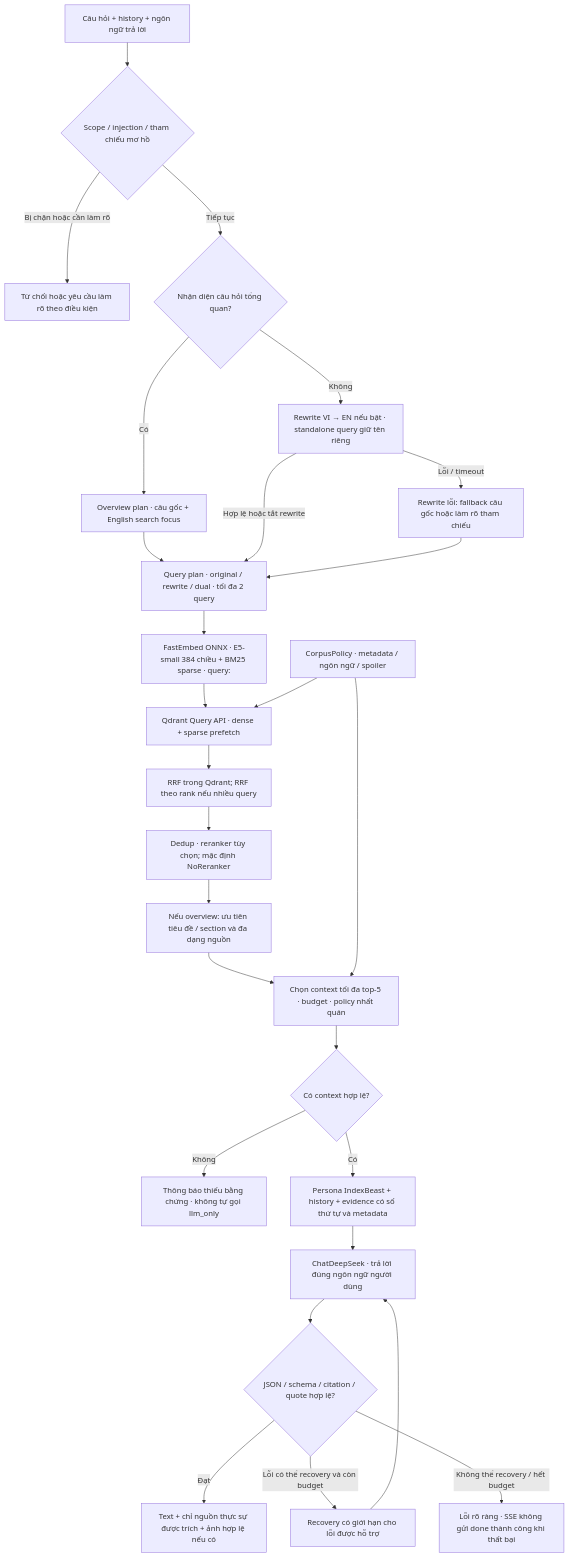
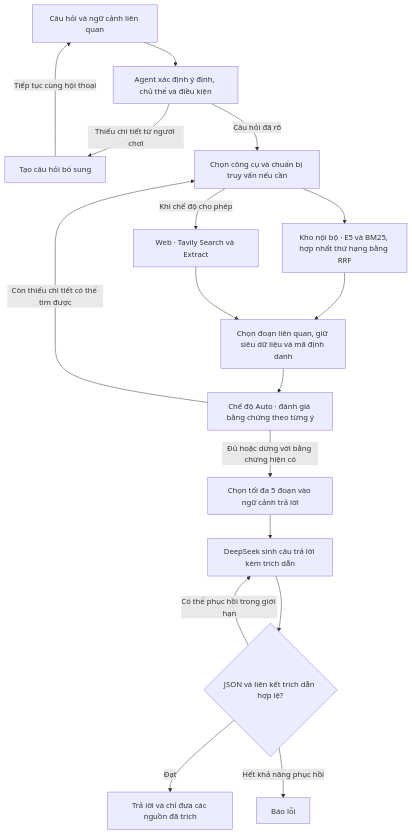
Before and after one commit to HoanBuCon/Index-Beast: the third of 4 diagrams in docs/indexbeast-system-pipeline.md, drawn with Mermaid. The commit also changed other lines of this file, not shown here.

Commit message:
refactor: Update documentation structure and content for IndexBeast system pipeline

````diff
--- a/docs/indexbeast-system-pipeline.md
+++ b/docs/indexbeast-system-pipeline.md
@@ -190,53 +83,19 @@
 ```mermaid
 graph TD
-    INPUT["Câu hỏi + history + ngôn ngữ trả lời"]
-    SCOPE{"Scope / injection / tham chiếu mơ hồ"}
-    STATIC["Từ chối hoặc yêu cầu làm rõ theo điều kiện"]
-    OVERVIEW{"Nhận diện câu hỏi tổng quan?"}
-    PLAN["Overview plan · câu gốc + English search focus"]
-    REWRITE["Rewrite VI → EN nếu bật · standalone query giữ tên riêng"]
-    FALLBACK["Rewrite lỗi: fallback câu gốc hoặc làm rõ tham chiếu"]
-    QUERIES["Query plan · original / rewrite / dual · tối đa 2 query"]
-    ENCODE["FastEmbed ONNX · E5-small 384 chiều + BM25 sparse · query:"]
-    QUERYAPI["Qdrant Query API · dense + sparse prefetch"]
-    FILTER["CorpusPolicy · metadata / ngôn ngữ / spoiler"]
-    FUSION["RRF trong Qdrant; RRF theo rank nếu nhiều query"]
-    RANK["Dedup · reranker tùy chọn; mặc định NoReranker"]
-    ORDER["Nếu overview: ưu tiên tiêu đề / section và đa dạng nguồn"]
-    CONTEXT["Chọn context tối đa top-5 · budget · policy nhất quán"]
-    ENOUGH{"Có context hợp lệ?"}
-    NOEVIDENCE["Thông báo thiếu bằng chứng · không tự gọi llm_only"]
-    PROMPT["Persona IndexBeast + history + evidence có số thứ tự và metadata"]
-    GENERATE["ChatDeepSeek · trả lời đúng ngôn ngữ người dùng"]
-    CHECK{"JSON / schema / citation / quote hợp lệ?"}
-    RECOVER["Recovery có giới hạn cho lỗi được hỗ trợ"]
-    ERROR["Lỗi rõ ràng · SSE không gửi done thành công khi thất bại"]
-    OUTPUT["Text + chỉ nguồn thực sự được trích + ảnh hợp lệ nếu có"]
-
-    INPUT --> SCOPE
-    SCOPE -->|"Bị chặn hoặc cần làm rõ"| STATIC
-    SCOPE -->|"Tiếp tục"| OVERVIEW
-    OVERVIEW -->|"Có"| PLAN
-    OVERVIEW -->|"Không"| REWRITE
-    PLAN --> QUERIES
-    REWRITE -->|"Hợp lệ hoặc tắt rewrite"| QUERIES
-    REWRITE -->|"Lỗi / timeout"| FALLBACK
-    FALLBACK --> QUERIES
-    QUERIES --> ENCODE
-    ENCODE --> QUERYAPI
-    FILTER --> QUERYAPI
-    QUERYAPI --> FUSION
-    FUSION --> RANK
-    RANK --> ORDER
-    ORDER --> CONTEXT
-    FILTER --> CONTEXT
-    CONTEXT --> ENOUGH
-    ENOUGH -->|"Không"| NOEVIDENCE
-    ENOUGH -->|"Có"| PROMPT
-    PROMPT --> GENERATE
-    GENERATE --> CHECK
-    CHECK -->|"Đạt"| OUTPUT
-    CHECK -->|"Lỗi có thể recovery và còn budget"| RECOVER
-    RECOVER --> GENERATE
-    CHECK -->|"Không thể recovery / hết budget"| ERROR
+    IN["Câu hỏi và ngữ cảnh liên quan"] --> PLAN["Agent xác định ý định, chủ thể và điều kiện"]
+    PLAN -->|"Thiếu chi tiết từ người chơi"| ASK["Tạo câu hỏi bổ sung"]
+    ASK -->|"Tiếp tục cùng hội thoại"| IN
+    PLAN -->|"Câu hỏi đã rõ"| TOOL["Chọn công cụ và chuẩn bị truy vấn nếu cần"]
+    TOOL --> LOCAL["Kho nội bộ · E5 và BM25, hợp nhất thứ hạng bằng RRF"]
+    TOOL -->|"Khi chế độ cho phép"| WEB["Web · Tavily Search và Extract"]
+    LOCAL --> PICK["Chọn đoạn liên quan, giữ siêu dữ liệu và mã định danh"]
+    WEB --> PICK
+    PICK --> EVAL["Chế độ Auto · đánh giá bằng chứng theo từng ý"]
+    EVAL -->|"Còn thiếu chi tiết có thể tìm được"| TOOL
+    EVAL -->|"Đủ hoặc dừng với bằng chứng hiện có"| CTX["Chọn tối đa 5 đoạn vào ngữ cảnh trả lời"]
+    CTX --> LLM["DeepSeek sinh câu trả lời kèm trích dẫn"]
+    LLM --> CHECK{"JSON và liên kết trích dẫn hợp lệ?"}
+    CHECK -->|"Đạt"| OUT["Trả lời và chỉ đưa các nguồn đã trích"]
+    CHECK -->|"Có thể phục hồi trong giới hạn"| LLM
+    CHECK -->|"Hết khả năng phục hồi"| ERR["Báo lỗi"]
 ```
````
